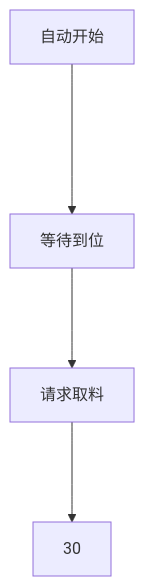
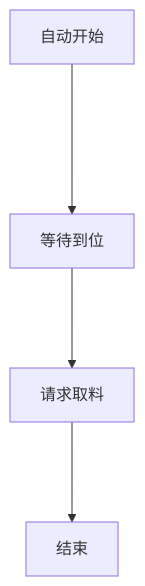
The diagram in all/OP70工位5流道缓存.md (zmq000/iodraw-files), drawn with Mermaid before and after one commit.

Commit message:
2026-06-17 17:47:10 update

````diff
--- a/all/OP70工位5流道缓存.md
+++ b/all/OP70工位5流道缓存.md
@@ -1,8 +1,8 @@
 ```mermaid
 graph TD
    自动开始---->10
    10[等待到位]--->20
    20[请求取料]--->30
-   30
+   30[结束]
   
 ```
````
